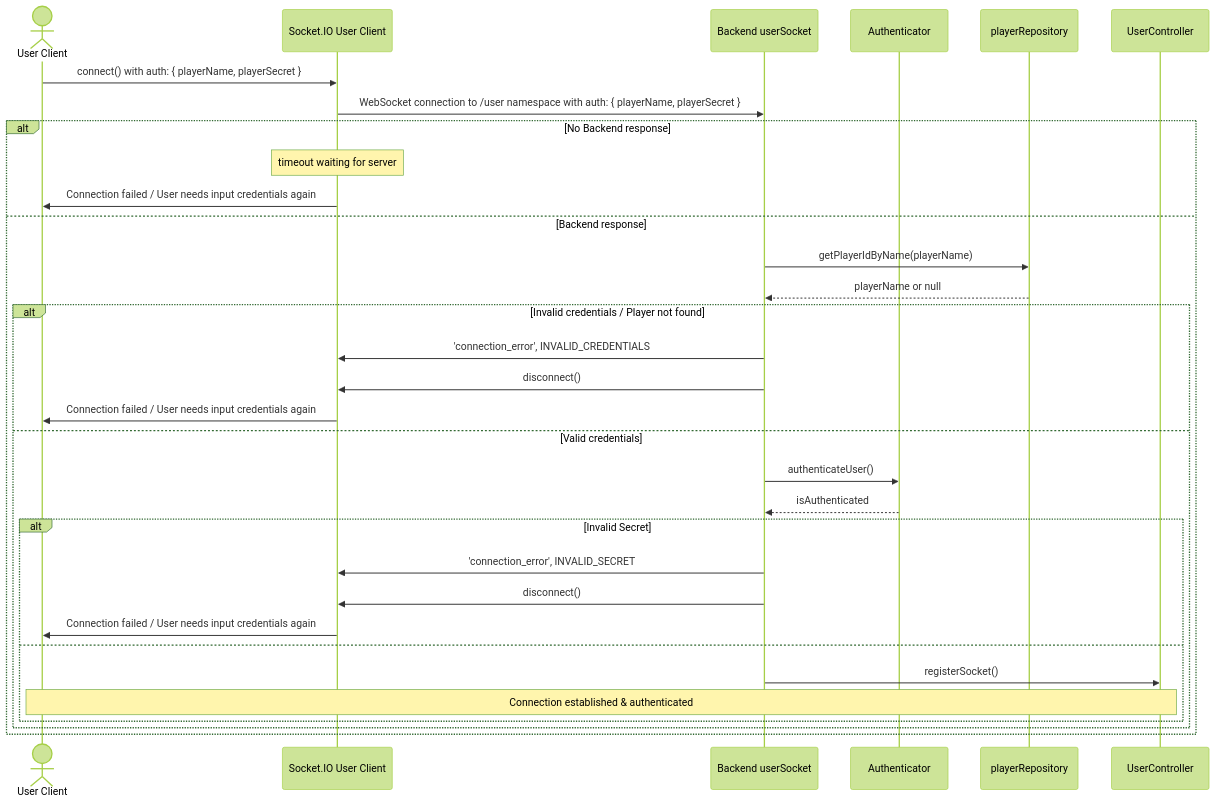
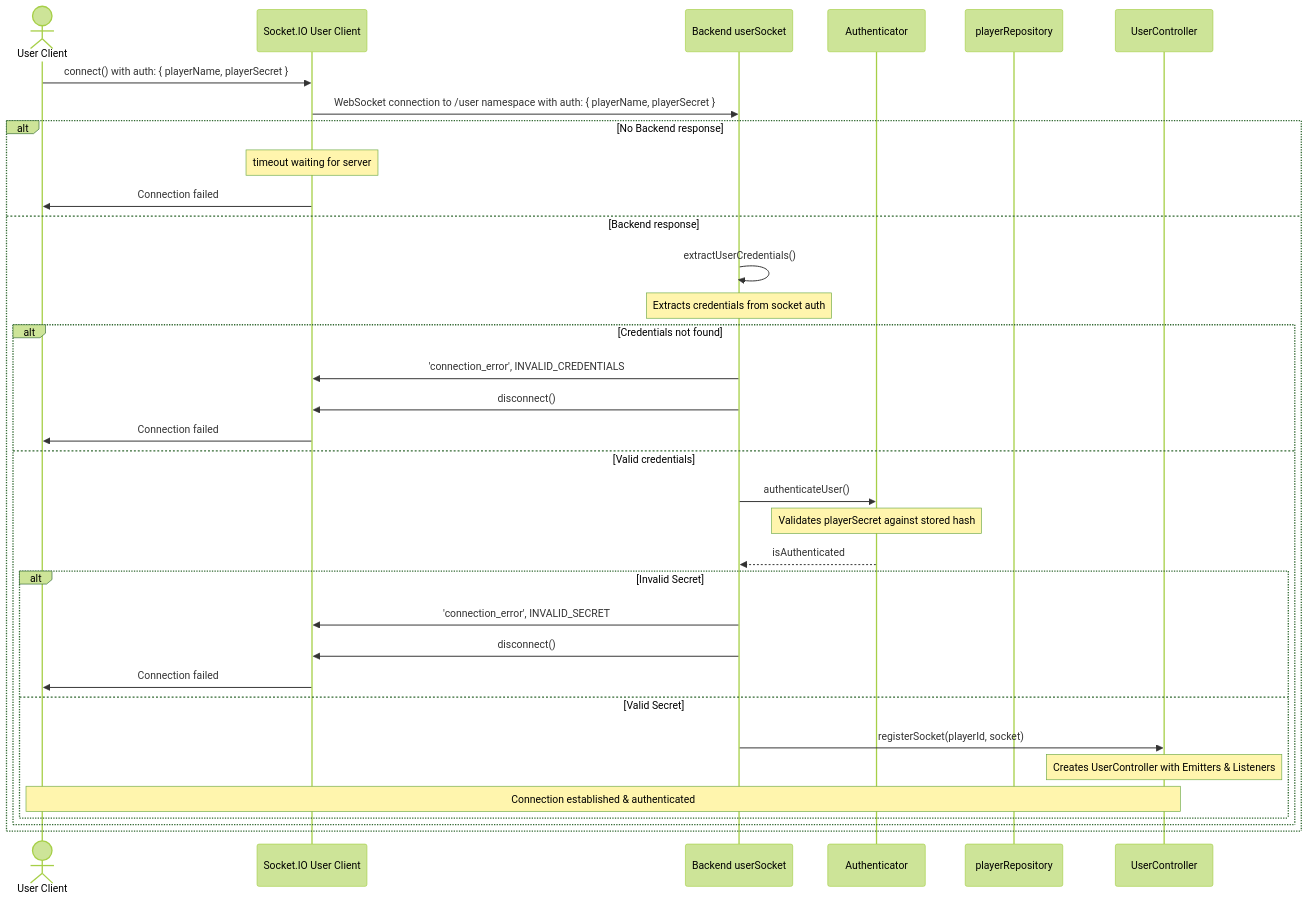
Before and after one commit to jakob-rzeppa/turnkeeper: the fourth of 4 diagrams in docs/ARCHITECTURE.md, drawn with Mermaid (forest theme). The commit also changed other lines of this file, not shown here.

Commit message:
update ARCHITECTURE

````diff
--- a/docs/ARCHITECTURE.md
+++ b/docs/ARCHITECTURE.md
@@ -85,50 +81,52 @@
 ```mermaid
 sequenceDiagram
     actor User as User Client
     participant Socket as Socket.IO User Client
     participant Backend as Backend userSocket
     participant Auth as Authenticator
     participant PlayerRepo as playerRepository
     participant UserCtrl as UserController
 
     User->>Socket: connect() with auth: { playerName, playerSecret }
     Socket->>Backend: WebSocket connection to /user namespace with auth: { playerName, playerSecret }
 
     alt No Backend response
 
         note over Socket: timeout waiting for server
 
-        Socket->>User: Connection failed / User needs input credentials again
+        Socket->>User: Connection failed
 
     else Backend response
 
-        Backend->>PlayerRepo: getPlayerIdByName(playerName)
-        PlayerRepo-->>Backend: playerName or null
+        Backend->>Backend: extractUserCredentials()
+        Note over Backend: Extracts credentials from socket auth
 
-        alt Invalid credentials / Player not found
+        alt Credentials not found
 
             Backend->>Socket: 'connection_error', INVALID_CREDENTIALS
             Backend->>Socket: disconnect()
-            Socket->>User: Connection failed / User needs input credentials again
+            Socket->>User: Connection failed
 
         else Valid credentials
 
             Backend->>Auth: authenticateUser()
+            Note over Auth: Validates playerSecret against stored hash
             Auth-->>Backend: isAuthenticated
 
             alt Invalid Secret
 
                 Backend->>Socket: 'connection_error', INVALID_SECRET
                 Backend->>Socket: disconnect()
-                Socket->>User: Connection failed / User needs input credentials again
+                Socket->>User: Connection failed
 
-            else
+            else Valid Secret
 
-                Backend->>UserCtrl: registerSocket()
+                Backend->>UserCtrl: registerSocket(playerId, socket)
+                Note over UserCtrl: Creates UserController with Emitters & Listeners
 
                 Note over User,UserCtrl: Connection established & authenticated
 
             end
         end
     end
 ```
````
